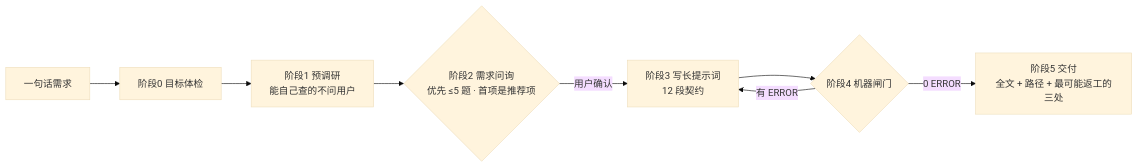
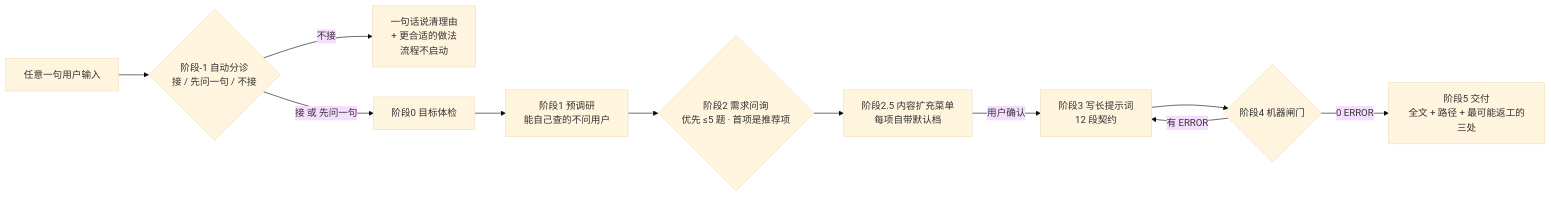
The diagram in README.md (hwy-miaomiao/prompt-forge), drawn with Mermaid (base theme) before and after one commit. The commit also changed other lines of this file and 23 other files, not shown here.

````diff
--- a/README.md
+++ b/README.md
@@ -29,10 +33,13 @@
 ```mermaid
 flowchart LR
-    A[一句话需求] --> B[阶段0 目标体检]
+    A[任意一句用户输入] --> T{阶段-1 自动分诊<br/>接 / 先问一句 / 不接}
+    T -->|不接| X[一句话说清理由<br/>+ 更合适的做法<br/>流程不启动]
+    T -->|接 或 先问一句| B[阶段0 目标体检]
     B --> C[阶段1 预调研<br/>能自己查的不问用户]
     C --> D{阶段2 需求问询<br/>优先 ≤5 题 · 首项是推荐项}
-    D -->|用户确认| E[阶段3 写长提示词<br/>12 段契约]
+    D --> M[阶段2.5 内容扩充菜单<br/>每项自带默认档]
+    M -->|用户确认| E[阶段3 写长提示词<br/>12 段契约]
     E --> F{阶段4 机器闸门}
     F -->|有 ERROR| E
     F -->|0 ERROR| G[阶段5 交付<br/>全文 + 路径 + 最可能返工的三处]
 ```
````
